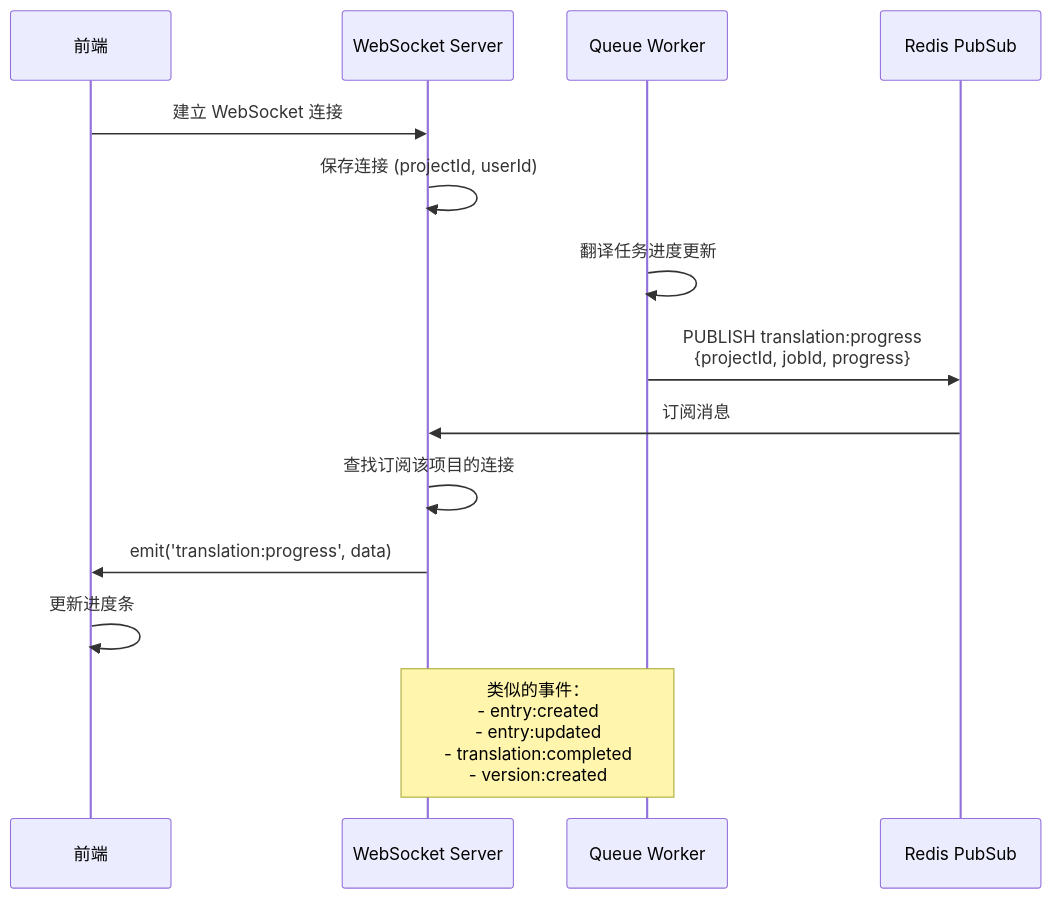
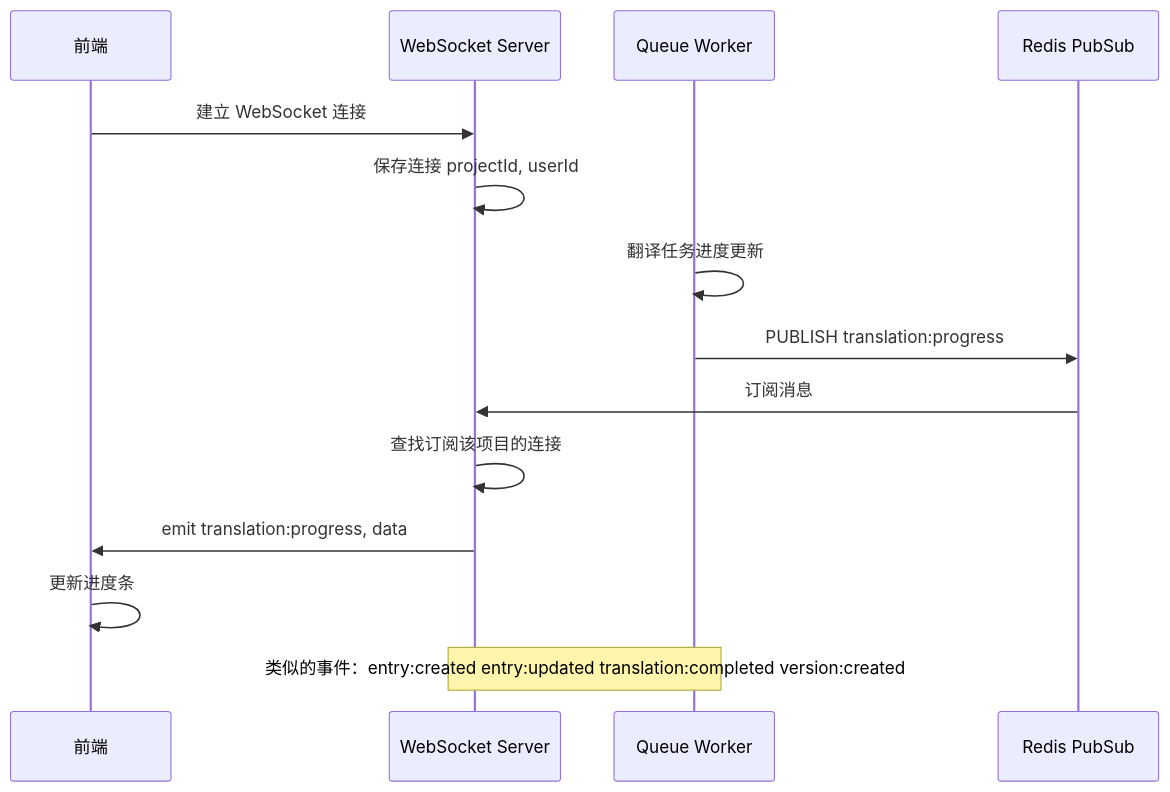
One commit to zhaotoday/translatex changed diagram 18 of 19 in workflows-diagrams.md. Above: the diagram before and after it, drawn with Mermaid. The commit also changed other lines of this file and 5 other files, not shown here.

````diff
--- a/workflows-diagrams.md
+++ b/workflows-diagrams.md
@@ -574,21 +536,21 @@
 ```mermaid
 sequenceDiagram
     participant Web as 前端
     participant WS as WebSocket Server
     participant Worker as Queue Worker
     participant Redis as Redis PubSub
     
     Web->>WS: 建立 WebSocket 连接
-    WS->>WS: 保存连接 (projectId, userId)
+    WS->>WS: 保存连接 projectId, userId
     
     Worker->>Worker: 翻译任务进度更新
-    Worker->>Redis: PUBLISH translation:progress<br/>{projectId, jobId, progress}
+    Worker->>Redis: PUBLISH translation:progress
     
     Redis->>WS: 订阅消息
     WS->>WS: 查找订阅该项目的连接
-    WS->>Web: emit('translation:progress', data)
+    WS->>Web: emit translation:progress, data
     
     Web->>Web: 更新进度条
     
-    Note over Worker,WS: 类似的事件：<br/>- entry:created<br/>- entry:updated<br/>- translation:completed<br/>- version:created
+    Note over Worker,WS: 类似的事件：entry:created entry:updated translation:completed version:created
 ```
````
